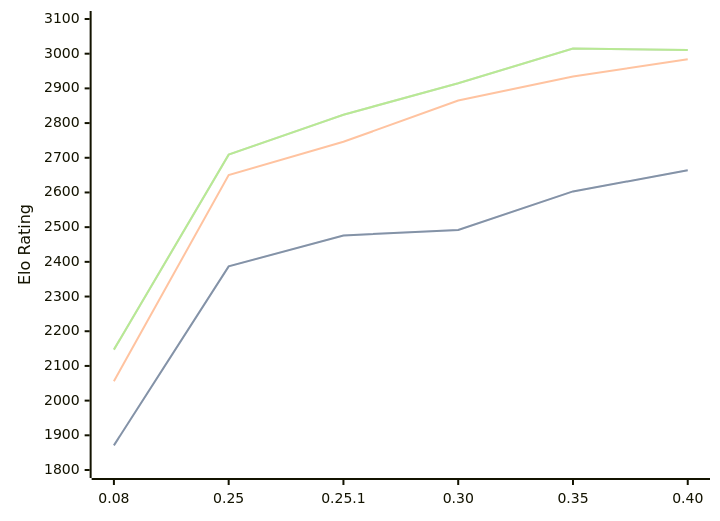
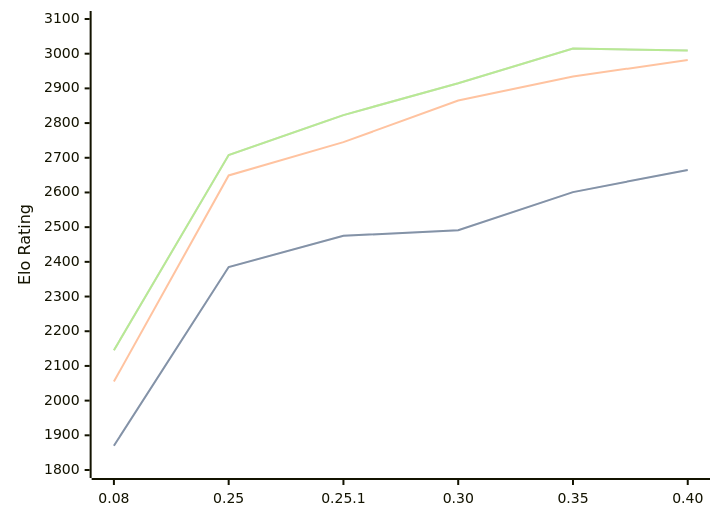
One commit to computer-chess-index/cci changed the third of 3 diagrams in engines/Gecko.md. Above: the diagram before and after it, drawn with Mermaid. The commit also changed other lines of this file, not shown here.

Commit message:
Update CCI Ratings (ELO VLTC) - 2026-06-26

````diff
--- a/engines/Gecko.md
+++ b/engines/Gecko.md
@@ -69,11 +69,11 @@
 ```mermaid
 %%{init: {"theme":"base","themeVariables":{"seriesColors:['#a3a3a3','#222221','#faa371']}}}%%
 xychart-beta
   x-axis ["0.08", "0.25", "0.25.1", "0.30", "0.35", "0.40"]
   y-axis "Elo Rating" 1800 --> 3100
-  line "STC (8.0+0.08s)" [1871, 2387, 2476, 2492, 2603, 2664]
-  line "STC (8.0+0.08s)" [1871, 2387, 2476, 2492, 2603, 2664]
-  line "LTC (60.0+0.60s)" [2056, 2650, 2746, 2865, 2934, 2984]
-  line "VLTC (2m24s+1.12s)" [2147, 2709, 2824, 2915, 3015, 3011]
-  line "VLTC (2m24s+1.12s)" [2147, 2709, 2824, 2915, 3015, 3011]
+  line "STC (8.0+0.08s)" [1870, 2385, 2475, 2491, 2601, 2665]
+  line "STC (8.0+0.08s)" [1870, 2385, 2475, 2491, 2601, 2665]
+  line "LTC (60.0+0.60s)" [2055, 2649, 2745, 2865, 2934, 2982]
+  line "VLTC (2m24s+1.12s)" [2145, 2708, 2823, 2915, 3015, 3009]
+  line "VLTC (2m24s+1.12s)" [2145, 2708, 2823, 2915, 3015, 3009]
 ```
````
